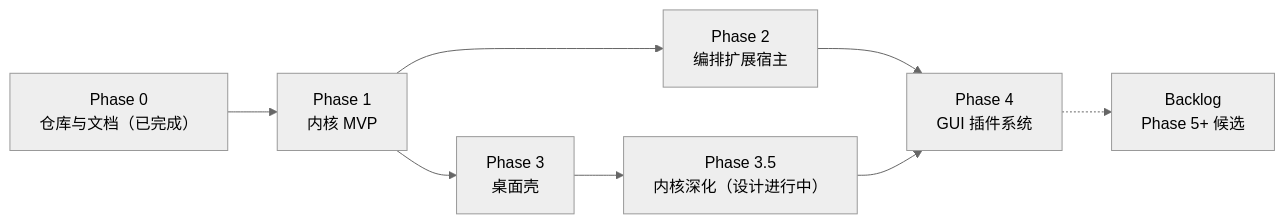
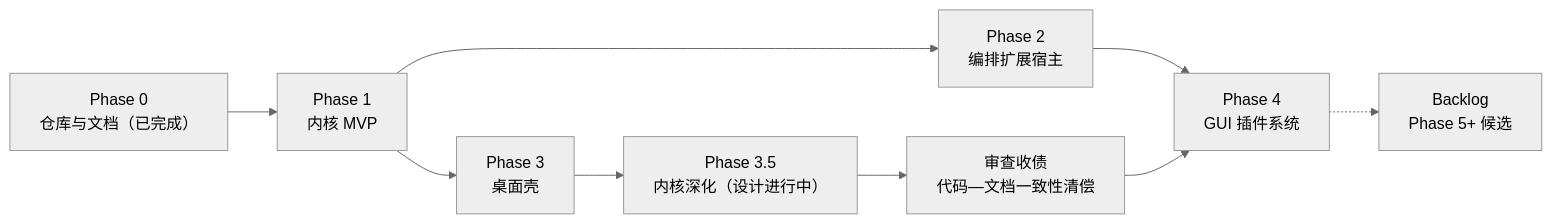
One commit to qingbird1983/timo-pi changed the diagram in docs/roadmap/00-roadmap.md. Above: the diagram before and after it, drawn with Mermaid (neutral theme). The commit also changed other lines of this file and 71 other files, not shown here.

````diff
--- a/docs/roadmap/00-roadmap.md
+++ b/docs/roadmap/00-roadmap.md
@@ -11,10 +11,11 @@
 ```mermaid
 graph LR
     P0["Phase 0<br/>仓库与文档（已完成）"] --> P1["Phase 1<br/>内核 MVP"]
     P1 --> P2["Phase 2<br/>编排扩展宿主"]
     P1 --> P3["Phase 3<br/>桌面壳"]
     P2 --> P4["Phase 4<br/>GUI 插件系统"]
     P3 --> P35["Phase 3.5<br/>内核深化（设计进行中）"]
-    P35 --> P4
+    P35 --> AD["审查收债<br/>代码—文档一致性清偿"]
+    AD --> P4
     P4 -.-> B["Backlog<br/>Phase 5+ 候选"]
 ```
````
